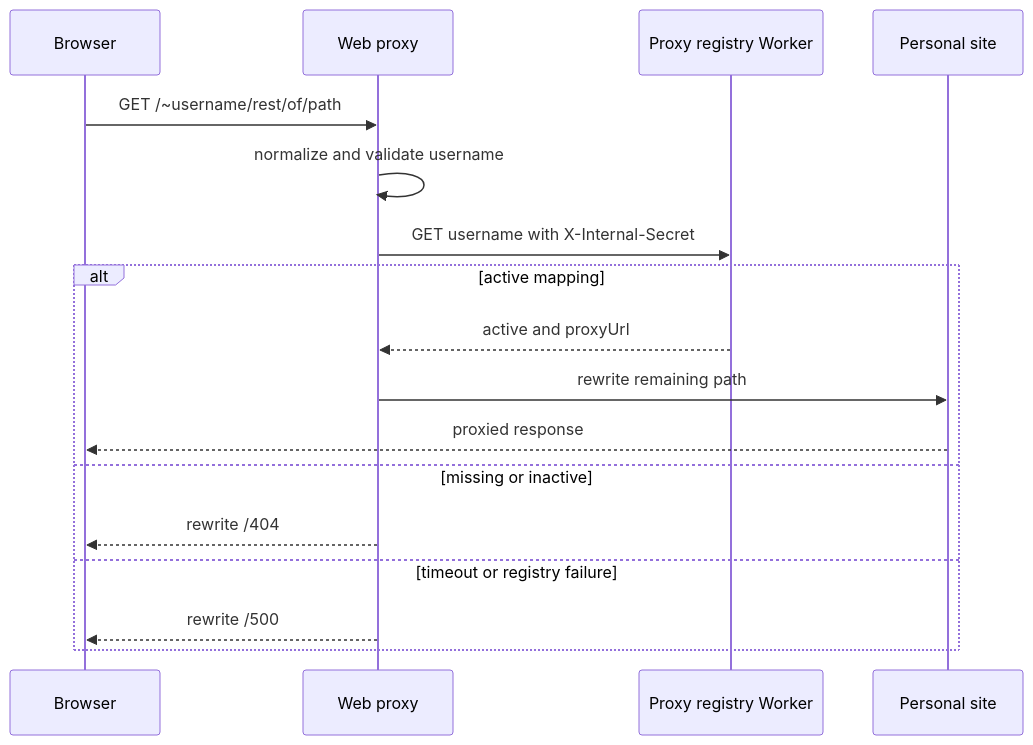
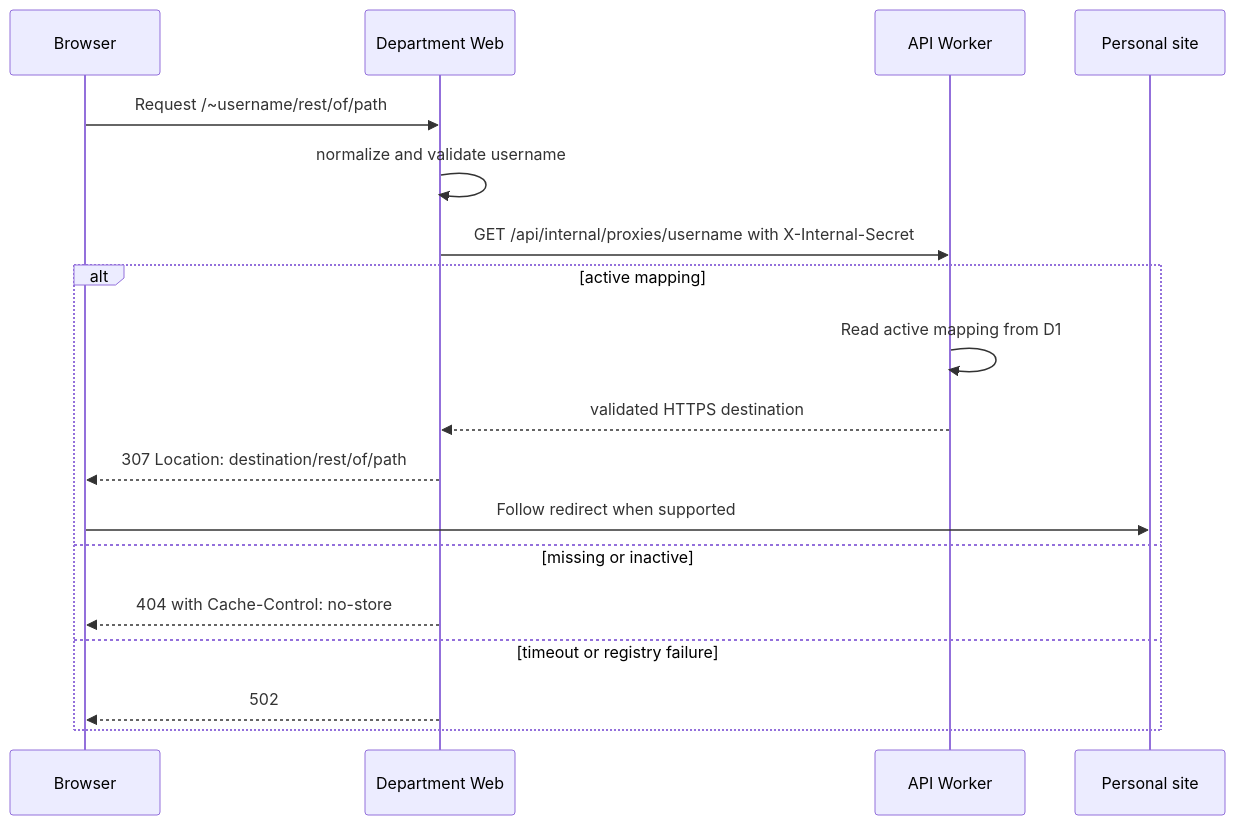
Before and after one commit to shamilaw-sci/CSC3213_20_Group_B: the diagram in docs/APPLICATIONS/WEB/ROUTING_AND_PROXYING.md, drawn with Mermaid. The commit also changed other lines of this file and 40 other files, not shown here.

Commit message:
feat(web): replace personal site proxy with redirects

````diff
--- a/docs/APPLICATIONS/WEB/ROUTING_AND_PROXYING.md
+++ b/docs/APPLICATIONS/WEB/ROUTING_AND_PROXYING.md
@@ -29,20 +29,21 @@
 ```mermaid
 sequenceDiagram
   participant B as Browser
-  participant W as Web proxy
-  participant R as Proxy registry Worker
+  participant W as Department Web
+  participant A as API Worker
   participant P as Personal site
 
-  B->>W: GET /~username/rest/of/path
+  B->>W: Request /~username/rest/of/path
   W->>W: normalize and validate username
-  W->>R: GET username with X-Internal-Secret
+  W->>A: GET /api/internal/proxies/username with X-Internal-Secret
   alt active mapping
-    R-->>W: active and proxyUrl
-    W->>P: rewrite remaining path
-    P-->>B: proxied response
+    A->>A: Read active mapping from D1
+    A-->>W: validated HTTPS destination
+    W-->>B: 307 Location: destination/rest/of/path
+    B->>P: Follow redirect when supported
   else missing or inactive
-    W-->>B: rewrite /404
+    W-->>B: 404 with Cache-Control: no-store
   else timeout or registry failure
-    W-->>B: rewrite /500
+    W-->>B: 502
   end
 ```
````
